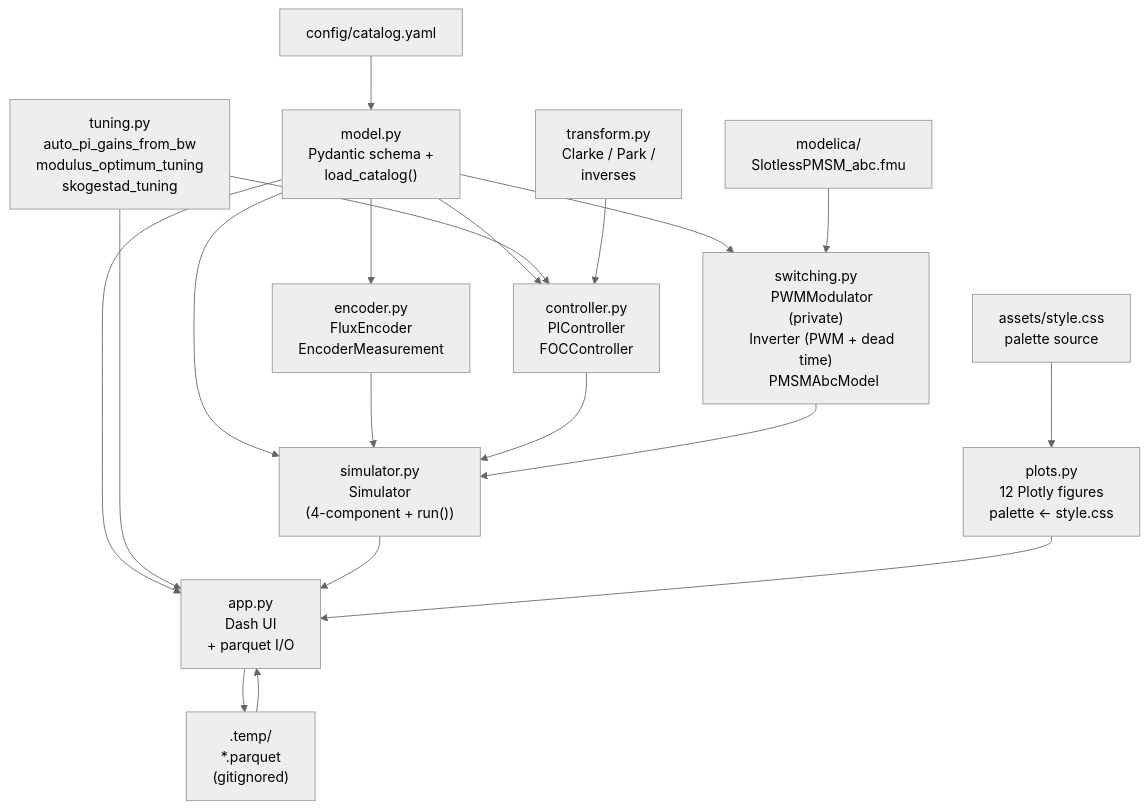
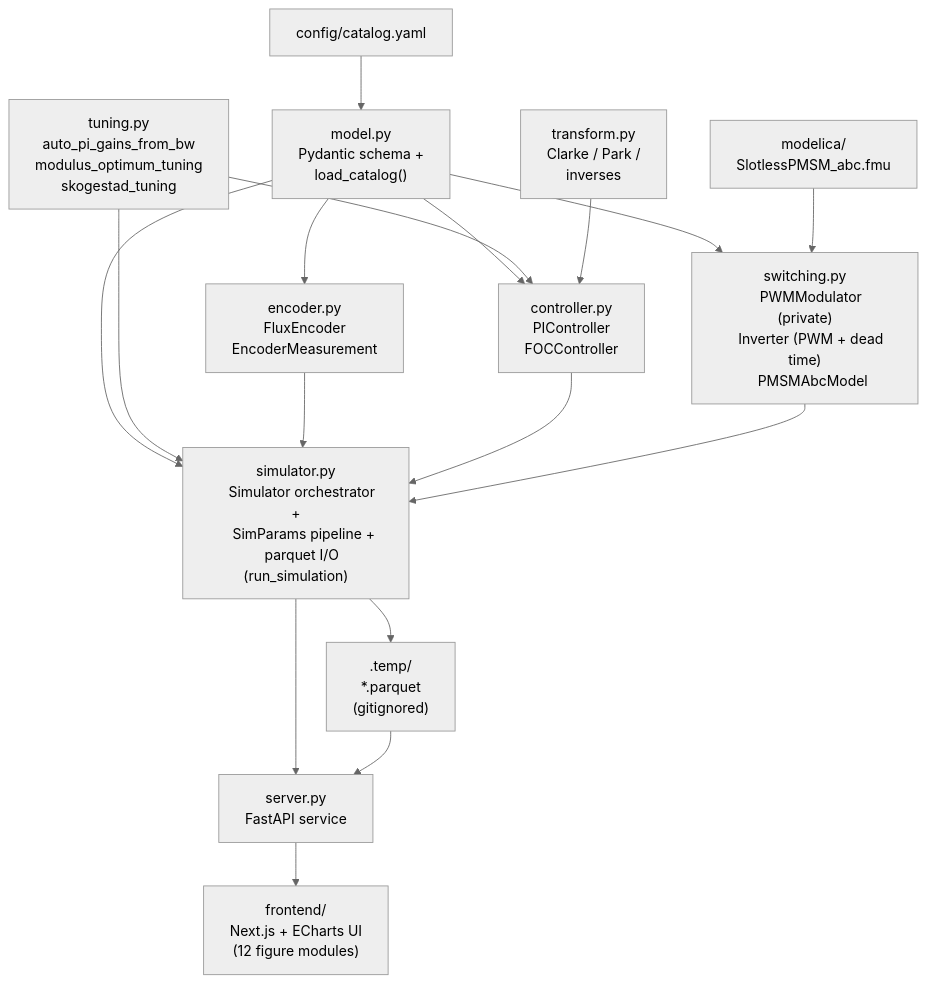
One commit to PhillipMaree/slimtorq-control changed the third of 3 diagrams in README.md. Above: the diagram before and after it, drawn with Mermaid (neutral theme). The commit also changed other lines of this file and 75 other files, not shown here.

Commit message:
[ALV001] refactor frontend to use next.js

````diff
--- a/README.md
+++ b/README.md
@@ -92,59 +108,55 @@
 ```mermaid
 graph TD
     catalog["config/catalog.yaml"]
     model["model.py
     Pydantic schema +
     load_catalog()"]
     tuning["tuning.py
     auto_pi_gains_from_bw
     modulus_optimum_tuning
     skogestad_tuning"]
     transform["transform.py
     Clarke / Park /
     inverses"]
     controller["controller.py
     PIController
     FOCController"]
     encoder["encoder.py
     FluxEncoder
     EncoderMeasurement"]
     switching["switching.py
     PWMModulator (private)
     Inverter (PWM + dead time)
     PMSMAbcModel"]
     fmu["modelica/
     SlotlessPMSM_abc.fmu"]
     simulator["simulator.py
-    Simulator
-    (4-component + run())"]
-    plots["plots.py
-    12 Plotly figures
-    palette ← style.css"]
-    css["assets/style.css
-    palette source"]
-    app["app.py
-    Dash UI
-    + parquet I/O"]
+    Simulator orchestrator +
+    SimParams pipeline +
+    parquet I/O (run_simulation)"]
+    server["server.py
+    FastAPI service"]
     parquet[".temp/
     *.parquet
     (gitignored)"]
+    frontend["frontend/
+    Next.js + ECharts UI
+    (12 figure modules)"]
 
     catalog --> model
     model --> controller
     model --> switching
     model --> encoder
     model --> simulator
-    model --> app
     tuning --> controller
-    tuning --> app
+    tuning --> simulator
     transform --> controller
     encoder --> simulator
     controller --> simulator
     switching --> simulator
     fmu --> switching
-    simulator --> app
-    css --> plots
-    plots --> app
-    app --> parquet
-    parquet --> app
+    simulator --> parquet
+    simulator --> server
+    server --> frontend
+    parquet --> server
 ```
````
